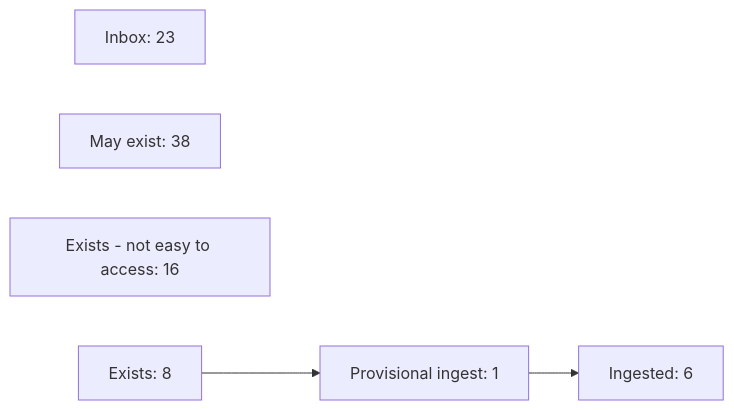
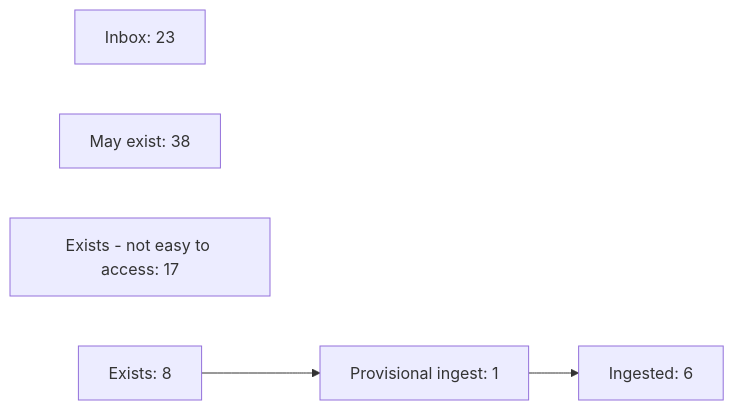
One commit to OpenPKCommons/OPKC changed the diagram in README.md. Above: the diagram before and after it, drawn with Mermaid. The commit also changed 1 other file, not shown here.

Commit message:
updated pathogen field for all DE and DE-NEA papers

````diff
--- a/README.md
+++ b/README.md
@@ -52,10 +52,10 @@
 ```mermaid
 graph LR
 	inbox[Inbox: 23]
 	mayexist[May exist: 38]
-	denea[Exists - not easy to access: 16]
+	denea[Exists - not easy to access: 17]
 	exists[Exists: 8]
 	provingest[Provisional ingest: 1]
 	ingested[Ingested: 6]
 	exists --> provingest --> ingested
 ```
````
